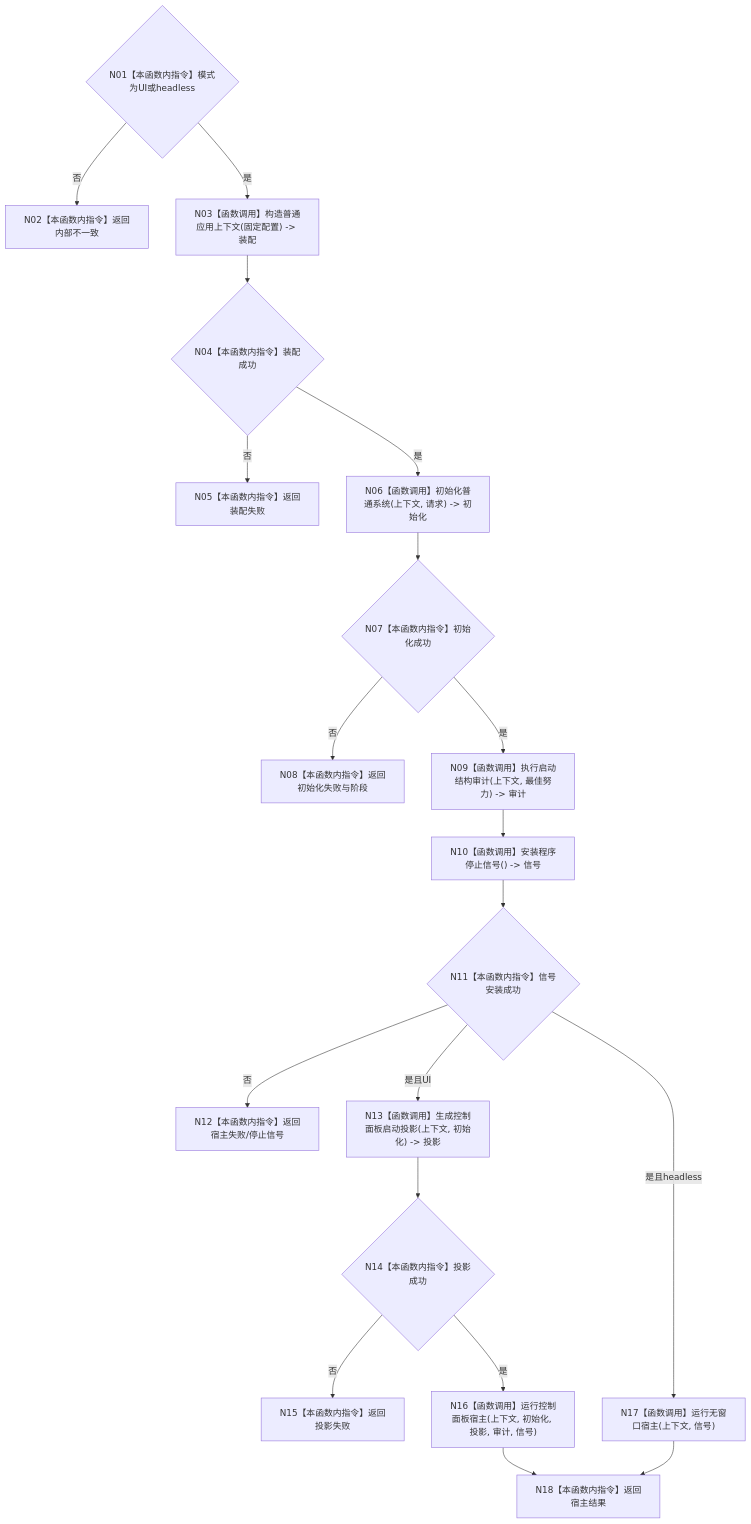
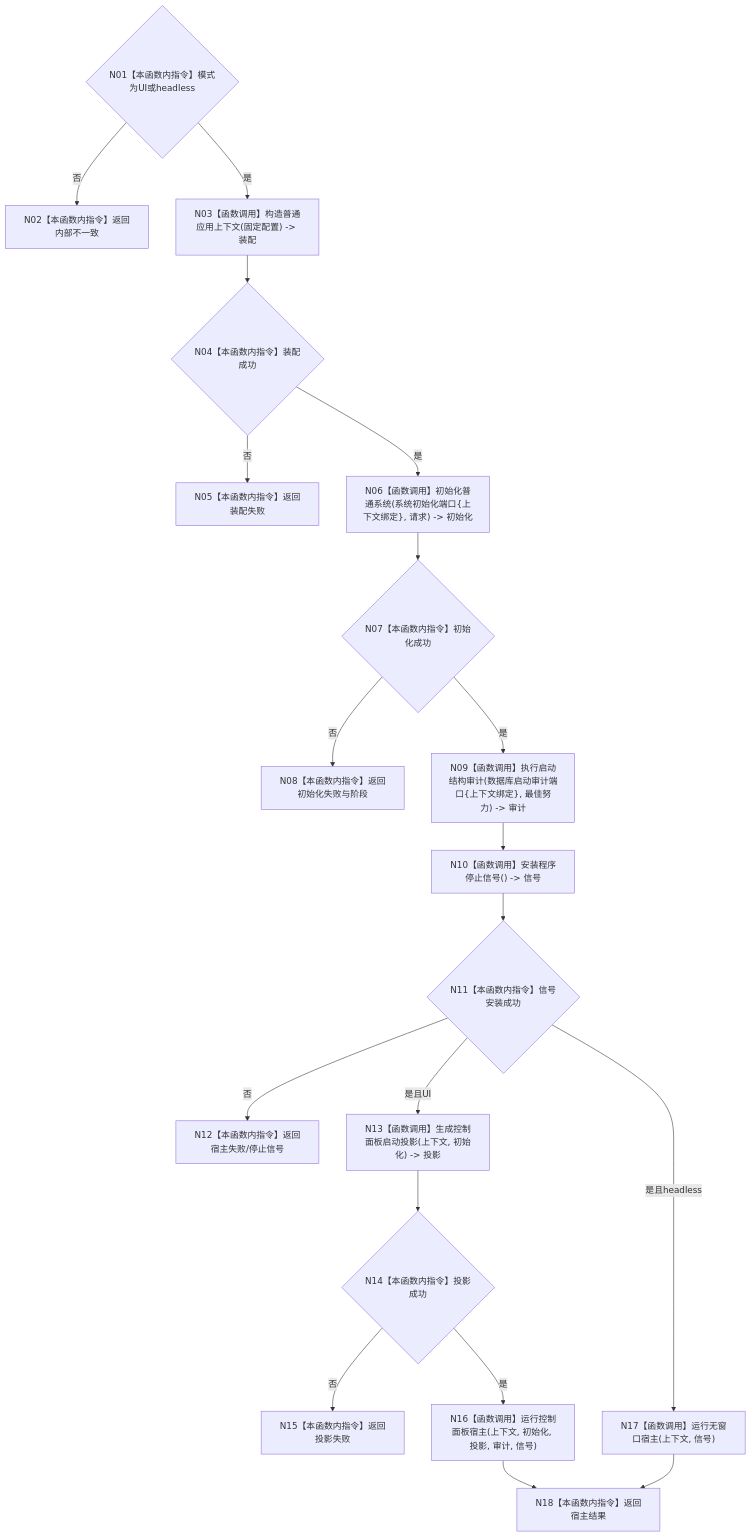
Before and after one commit to chunhaizh-cyber/HY-Ego: the diagram in 流程图/20260726_ENTRY-ONLY_F06_运行普通程序_施工流程图_v0.1.md, drawn with Mermaid. The commit also changed other lines of this file and 54 other files, not shown here.

````diff
--- a/流程图/20260726_ENTRY-ONLY_F06_运行普通程序_施工流程图_v0.1.md
+++ b/流程图/20260726_ENTRY-ONLY_F06_运行普通程序_施工流程图_v0.1.md
@@ -28,21 +28,21 @@
 ```mermaid
 flowchart TD
     N01{"N01【本函数内指令】模式为UI或headless"} -- "否" --> R0["N02【本函数内指令】返回内部不一致"]
     N01 -- "是" --> N03["N03【函数调用】构造普通应用上下文(固定配置) -> 装配"]
     N03 --> N04{"N04【本函数内指令】装配成功"}
     N04 -- "否" --> R1["N05【本函数内指令】返回装配失败"]
-    N04 -- "是" --> N06["N06【函数调用】初始化普通系统(上下文, 请求) -> 初始化"]
+    N04 -- "是" --> N06["N06【函数调用】初始化普通系统(系统初始化端口{上下文绑定}, 请求) -> 初始化"]
     N06 --> N07{"N07【本函数内指令】初始化成功"}
     N07 -- "否" --> R2["N08【本函数内指令】返回初始化失败与阶段"]
-    N07 -- "是" --> N09["N09【函数调用】执行启动结构审计(上下文, 最佳努力) -> 审计"]
+    N07 -- "是" --> N09["N09【函数调用】执行启动结构审计(数据库启动审计端口{上下文绑定}, 最佳努力) -> 审计"]
     N09 --> N10["N10【函数调用】安装程序停止信号() -> 信号"]
     N10 --> N11{"N11【本函数内指令】信号安装成功"}
     N11 -- "否" --> R3["N12【本函数内指令】返回宿主失败/停止信号"]
     N11 -- "是且UI" --> N13["N13【函数调用】生成控制面板启动投影(上下文, 初始化) -> 投影"]
     N13 --> N14{"N14【本函数内指令】投影成功"}
     N14 -- "否" --> R4["N15【本函数内指令】返回投影失败"]
     N14 -- "是" --> N16["N16【函数调用】运行控制面板宿主(上下文, 初始化, 投影, 审计, 信号)"]
     N11 -- "是且headless" --> N17["N17【函数调用】运行无窗口宿主(上下文, 信号)"]
     N16 --> N18["N18【本函数内指令】返回宿主结果"]
     N17 --> N18
 ```
````
